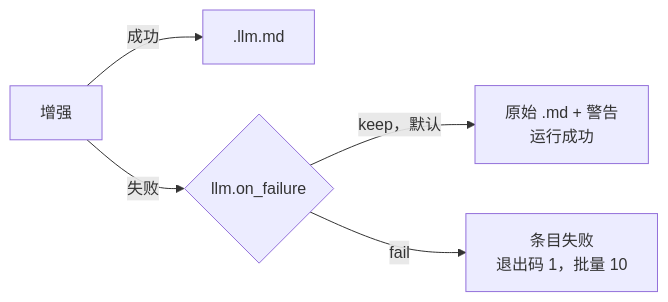
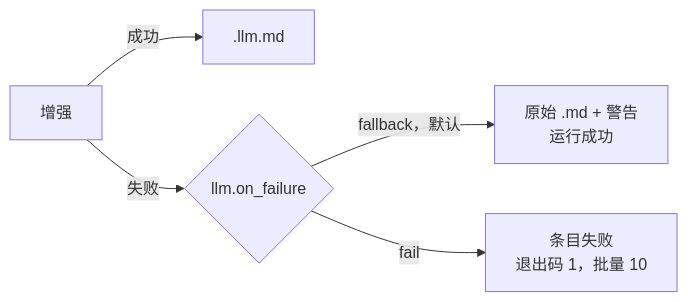
Before and after one commit to Ynewtime/markitai: the first of 3 diagrams in website/zh/guide/cli.md, drawn with Mermaid. The commit also changed other lines of this file and 38 other files, not shown here.

````diff
--- a/website/zh/guide/cli.md
+++ b/website/zh/guide/cli.md
@@ -37,7 +32,7 @@
 ```mermaid
 flowchart LR
   E[增强] -->|成功| L[.llm.md]
   E -->|失败| F{llm.on_failure}
-  F -->|keep，默认| K[原始 .md + 警告<br/>运行成功]
+  F -->|fallback，默认| K[原始 .md + 警告<br/>运行成功]
   F -->|fail| X[条目失败<br/>退出码 1，批量 10]
 ```
````
